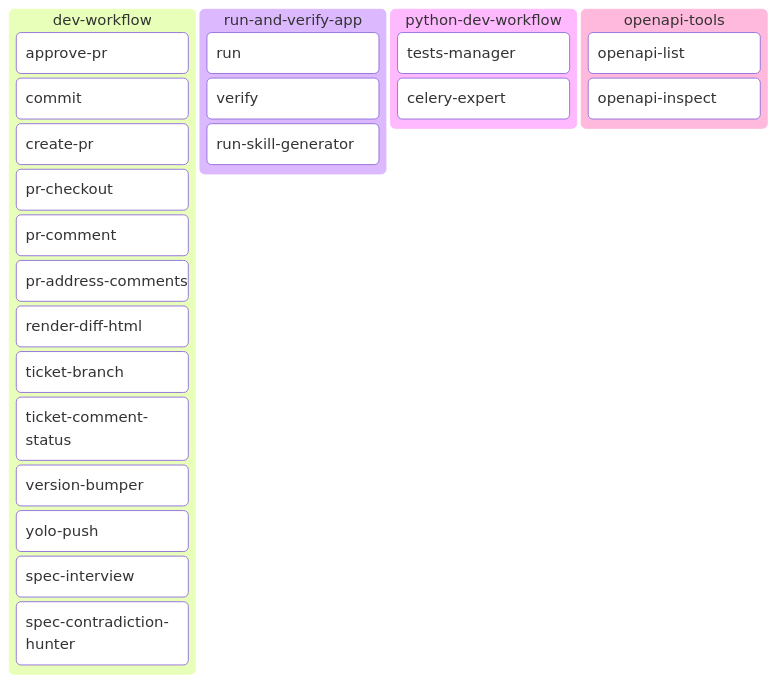
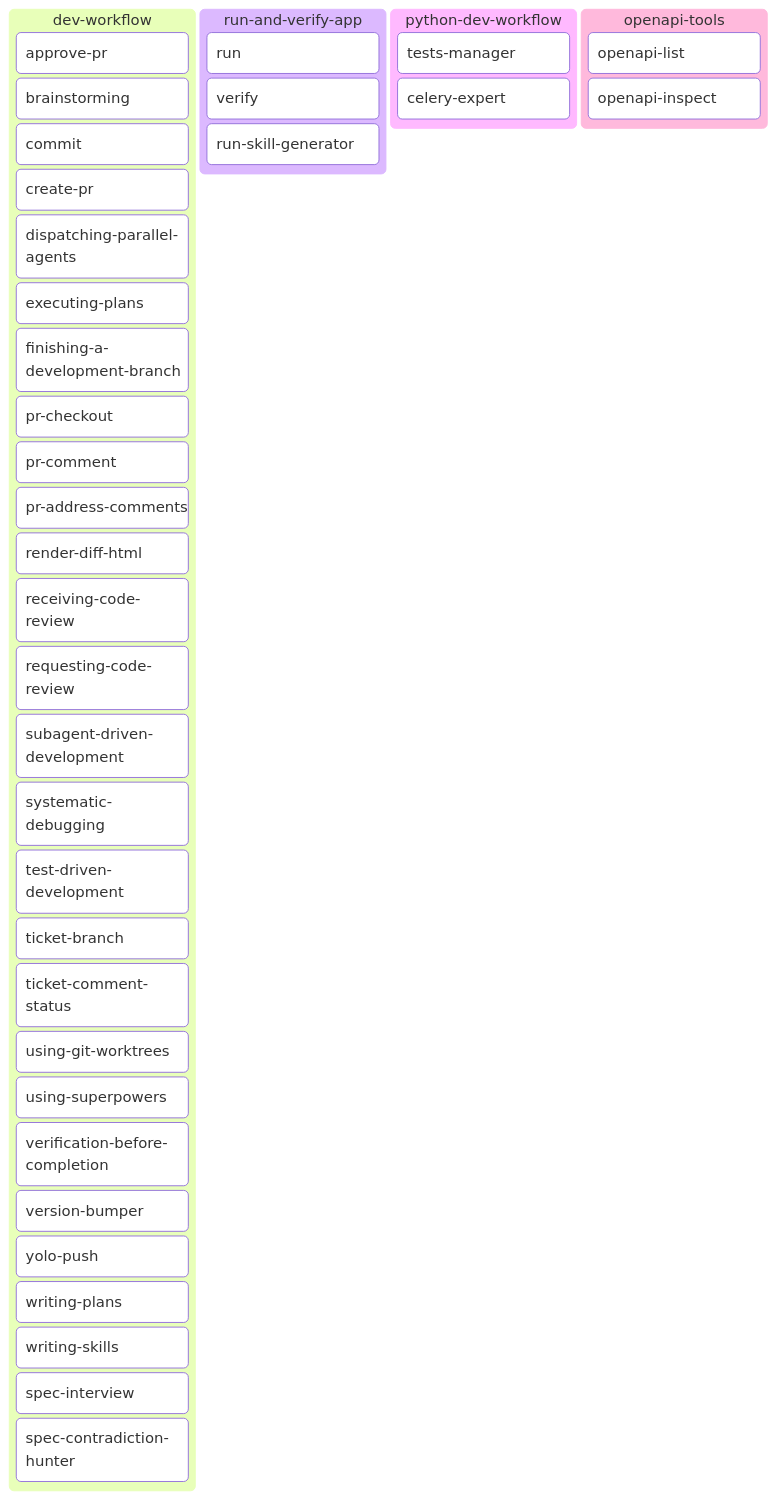
Before and after one commit to Alex-Kopylov/zweihander: the third of 4 diagrams in README.md, drawn with Mermaid. The commit also changed other lines of this file and 65 other files, not shown here.

Commit message:
feat(dev-workflow): add Superpowers-derived workflow skills

````diff
--- a/README.md
+++ b/README.md
@@ -56,27 +56,41 @@
 ```mermaid
 kanban
   dev_workflow[dev-workflow]
     dw_approve_pr[approve-pr]
+    dw_brainstorming[brainstorming]
     dw_commit[commit]
     dw_create_pr[create-pr]
+    dw_dispatching_parallel_agents[dispatching-parallel-agents]
+    dw_executing_plans[executing-plans]
+    dw_finishing_development_branch[finishing-a-development-branch]
     dw_pr_checkout[pr-checkout]
     dw_pr_comment[pr-comment]
     dw_pr_address_comments[pr-address-comments]
     dw_render_diff_html[render-diff-html]
+    dw_receiving_code_review[receiving-code-review]
+    dw_requesting_code_review[requesting-code-review]
+    dw_subagent_driven_development[subagent-driven-development]
+    dw_systematic_debugging[systematic-debugging]
+    dw_test_driven_development[test-driven-development]
     dw_ticket_branch[ticket-branch]
     dw_ticket_comment_status[ticket-comment-status]
+    dw_using_git_worktrees[using-git-worktrees]
+    dw_using_superpowers[using-superpowers]
+    dw_verification_before_completion[verification-before-completion]
     dw_version_bumper[version-bumper]
     dw_yolo_push[yolo-push]
+    dw_writing_plans[writing-plans]
+    dw_writing_skills[writing-skills]
     dw_spec_interview[spec-interview]
     dw_spec_contradiction_hunter[spec-contradiction-hunter]
   run_and_verify_app[run-and-verify-app]
     rva_run[run]
     rva_verify[verify]
     rva_run_skill_generator[run-skill-generator]
   python_dev_workflow[python-dev-workflow]
     pdw_tests_manager[tests-manager]
     pdw_celery_expert[celery-expert]
   openapi_tools[openapi-tools]
     oat_openapi_list[openapi-list]
     oat_openapi_inspect[openapi-inspect]
 ```
````
